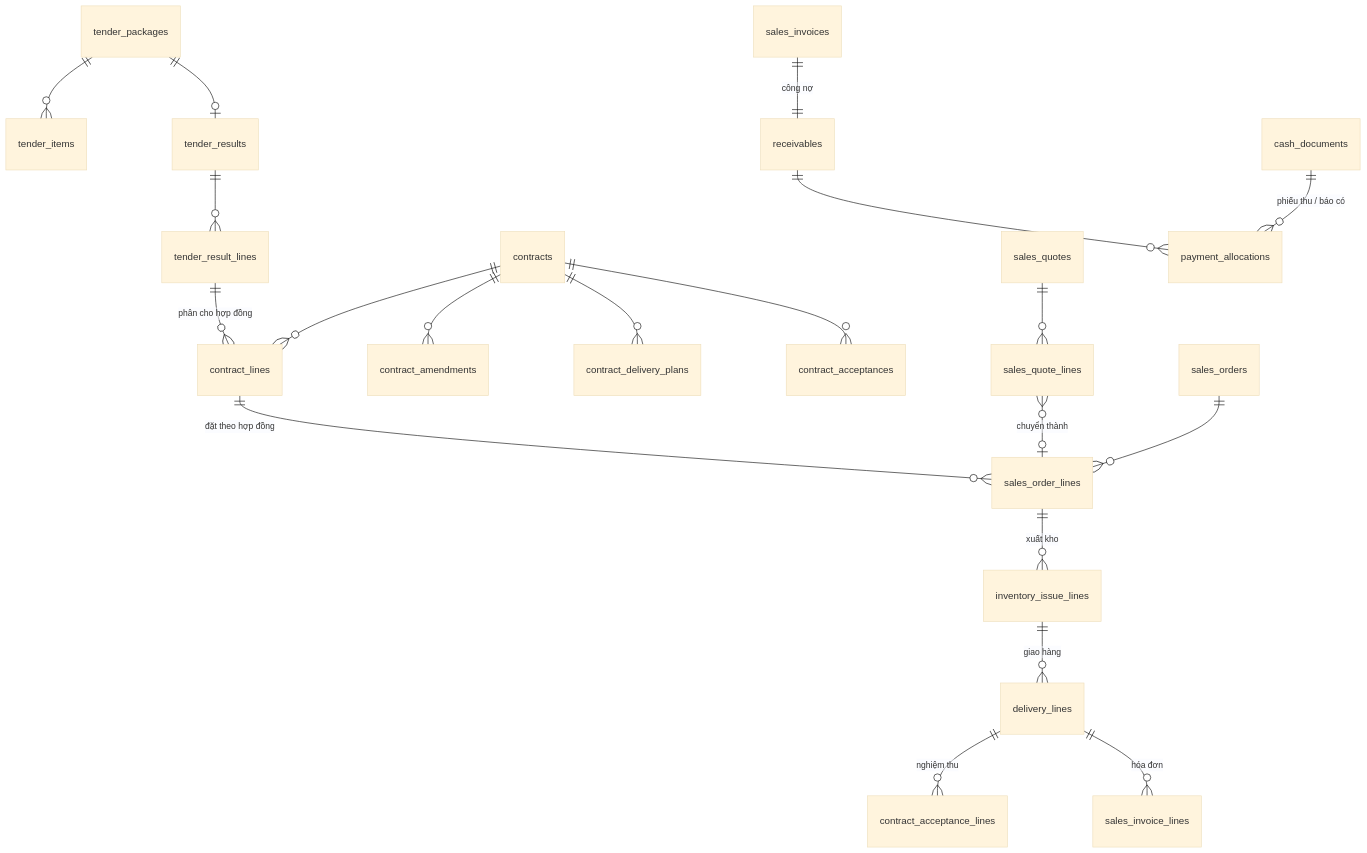
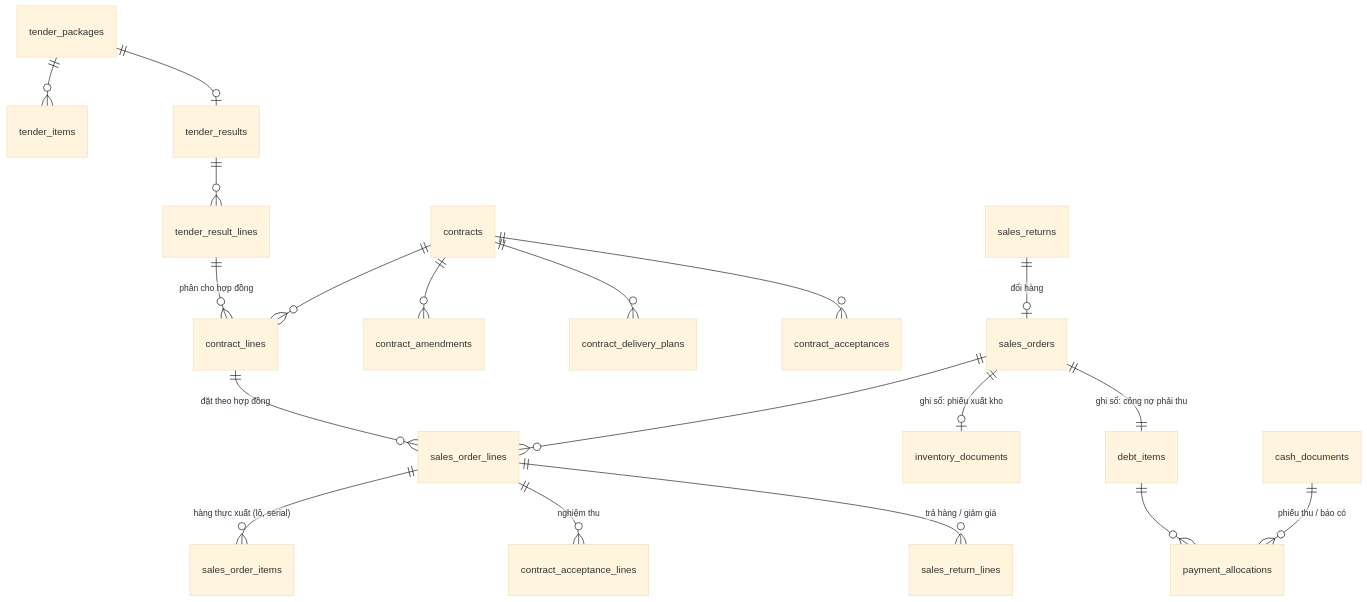
Before and after one commit to haict/pqb_ai: the fourth of 6 diagrams in inventory-management-ai-skeleton/docs/03-database-design.md, drawn with Mermaid (base theme). The commit also changed other lines of this file and 223 other files, not shown here.

````diff
--- a/inventory-management-ai-skeleton/docs/03-database-design.md
+++ b/inventory-management-ai-skeleton/docs/03-database-design.md
@@ -247,22 +239,21 @@
 ```mermaid
 erDiagram
     tender_packages ||--o{ tender_items : ""
     tender_packages ||--o| tender_results : ""
     tender_results ||--o{ tender_result_lines : ""
     tender_result_lines ||--o{ contract_lines : "phân cho hợp đồng"
     contracts ||--o{ contract_lines : ""
     contracts ||--o{ contract_amendments : ""
     contracts ||--o{ contract_delivery_plans : ""
     contracts ||--o{ contract_acceptances : ""
-    sales_quotes ||--o{ sales_quote_lines : ""
-    sales_quote_lines }o--o| sales_order_lines : "chuyển thành"
     contract_lines ||--o{ sales_order_lines : "đặt theo hợp đồng"
     sales_orders ||--o{ sales_order_lines : ""
-    sales_order_lines ||--o{ inventory_issue_lines : "xuất kho"
-    inventory_issue_lines ||--o{ delivery_lines : "giao hàng"
-    delivery_lines ||--o{ contract_acceptance_lines : "nghiệm thu"
-    delivery_lines ||--o{ sales_invoice_lines : "hóa đơn"
-    sales_invoices ||--|| receivables : "công nợ"
-    receivables ||--o{ payment_allocations : ""
+    sales_orders ||--o| inventory_documents : "ghi sổ: phiếu xuất kho"
+    sales_orders ||--|| debt_items : "ghi sổ: công nợ phải thu"
+    sales_order_lines ||--o{ sales_order_items : "hàng thực xuất (lô, serial)"
+    sales_order_lines ||--o{ contract_acceptance_lines : "nghiệm thu"
+    sales_order_lines ||--o{ sales_return_lines : "trả hàng / giảm giá"
+    sales_returns ||--o| sales_orders : "đổi hàng"
+    debt_items ||--o{ payment_allocations : ""
     cash_documents ||--o{ payment_allocations : "phiếu thu / báo có"
 ```
````
